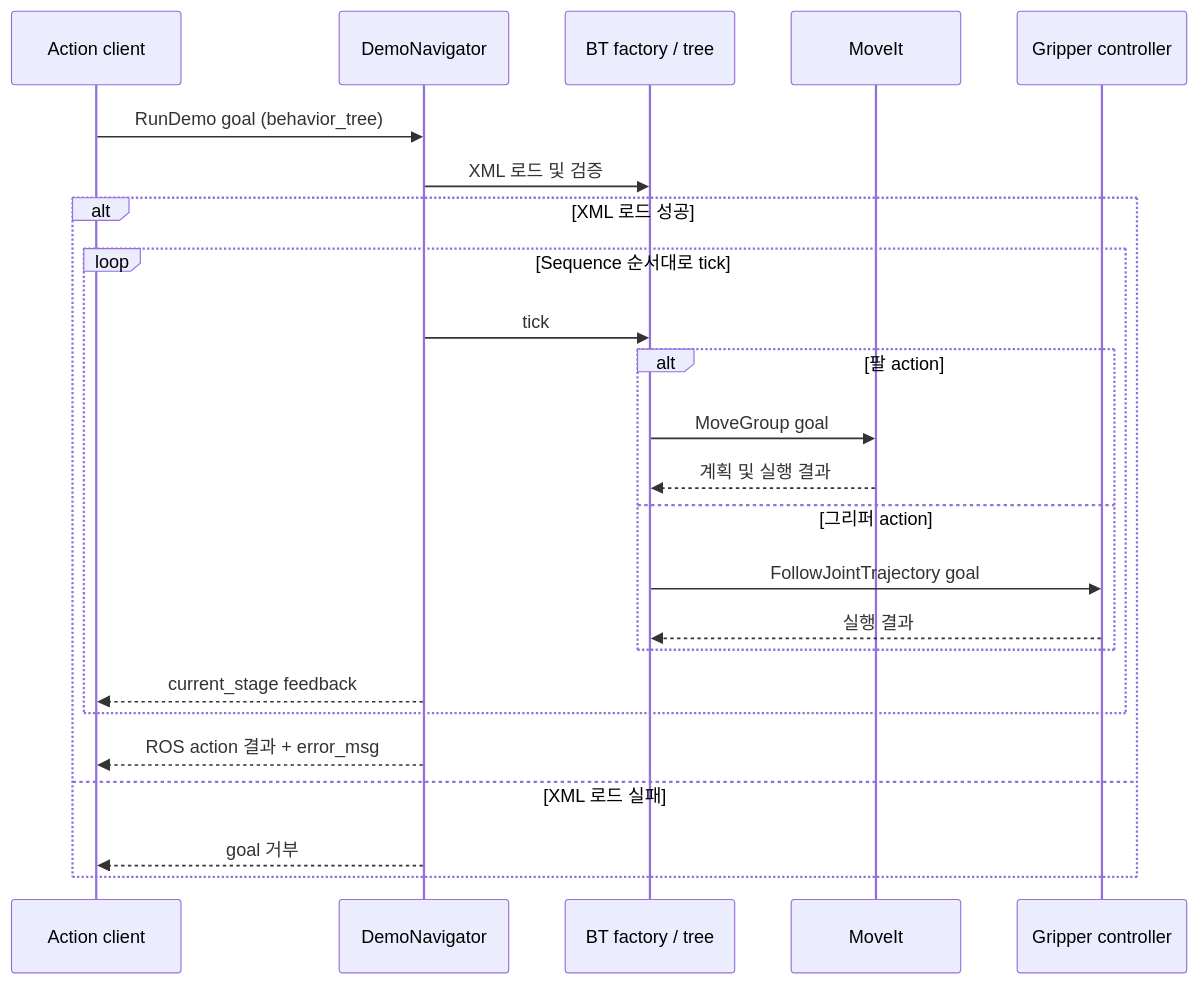
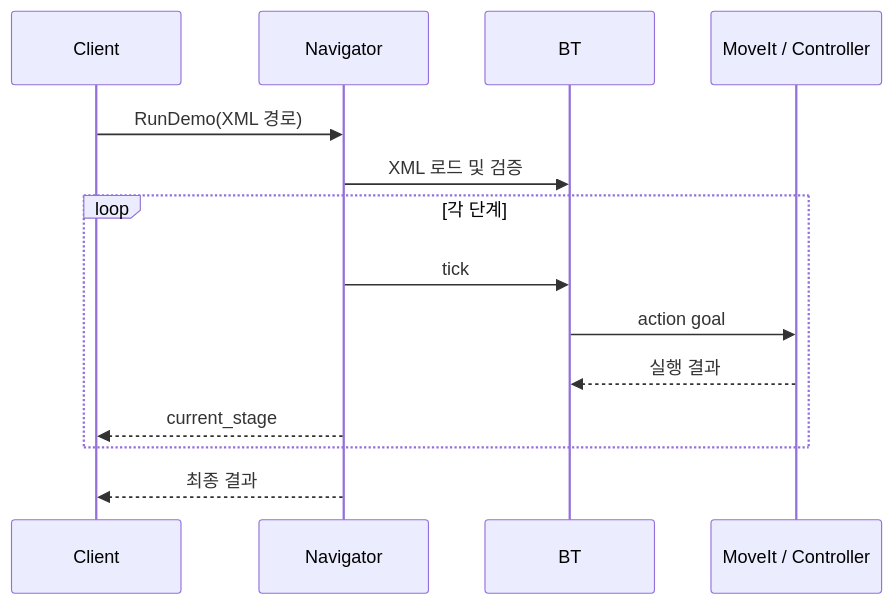
Before and after one commit to ggh-png/rwh_beyond: the third of 3 diagrams in docs/bt-architecture.md, drawn with Mermaid. The commit also changed other lines of this file and 5 other files, not shown here.

Commit message:
Improve readability of behavior tree architecture guides

````diff
--- a/docs/bt-architecture.md
+++ b/docs/bt-architecture.md
@@ -85,26 +93,16 @@
 ```mermaid
 sequenceDiagram
-    participant C as Action client
-    participant N as DemoNavigator
-    participant B as BT factory / tree
-    participant M as MoveIt
-    participant G as Gripper controller
-    C->>N: RunDemo goal (behavior_tree)
-    N->>B: XML 로드 및 검증
-    alt XML 로드 성공
-        loop Sequence 순서대로 tick
-            N->>B: tick
-            alt 팔 action
-                B->>M: MoveGroup goal
-                M-->>B: 계획 및 실행 결과
-            else 그리퍼 action
-                B->>G: FollowJointTrajectory goal
-                G-->>B: 실행 결과
-            end
-            N-->>C: current_stage feedback
-        end
-        N-->>C: ROS action 결과 + error_msg
-    else XML 로드 실패
-        N-->>C: goal 거부
+    participant C as Client
+    participant N as Navigator
+    participant T as BT
+    participant E as MoveIt / Controller
+    C->>N: RunDemo(XML 경로)
+    N->>T: XML 로드 및 검증
+    loop 각 단계
+        N->>T: tick
+        T->>E: action goal
+        E-->>T: 실행 결과
+        N-->>C: current_stage
     end
+    N-->>C: 최종 결과
 ```
````
